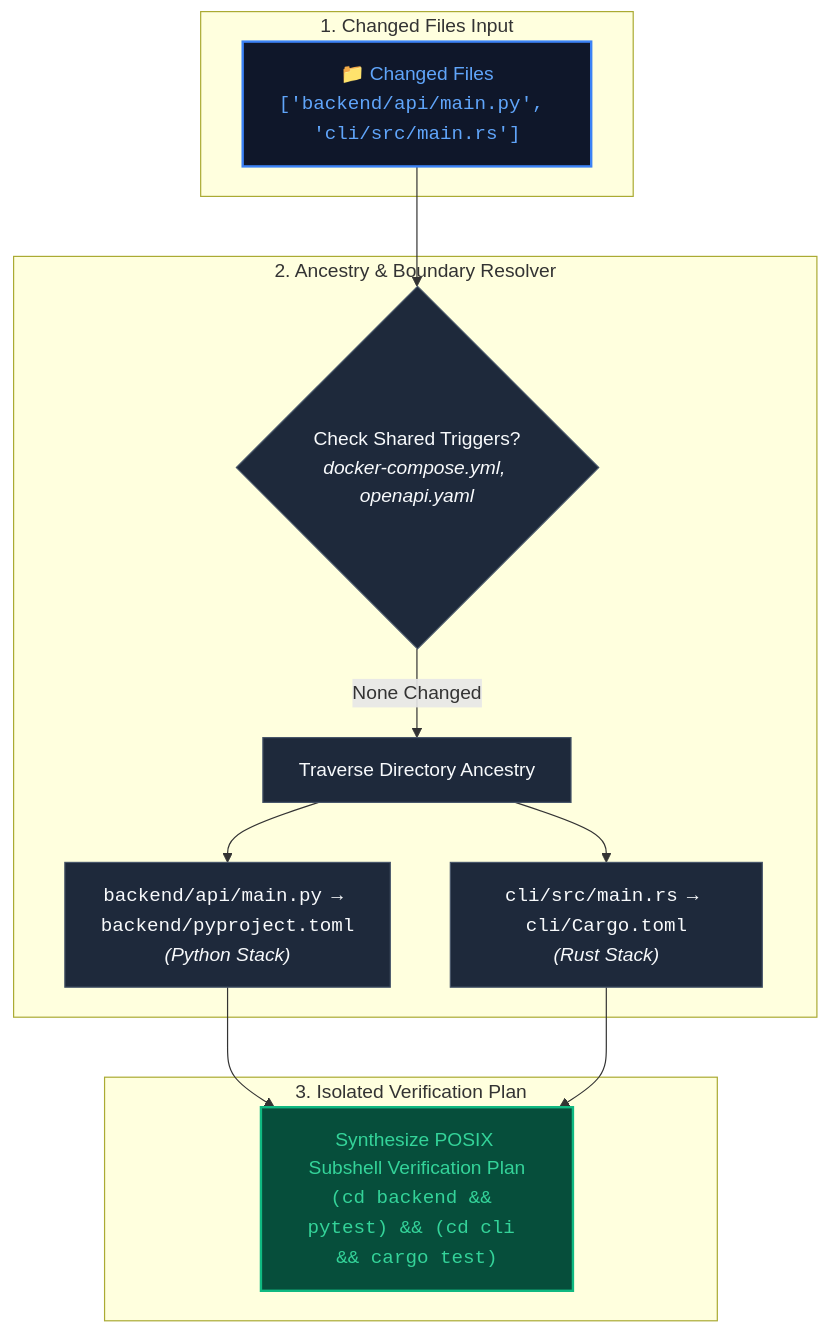
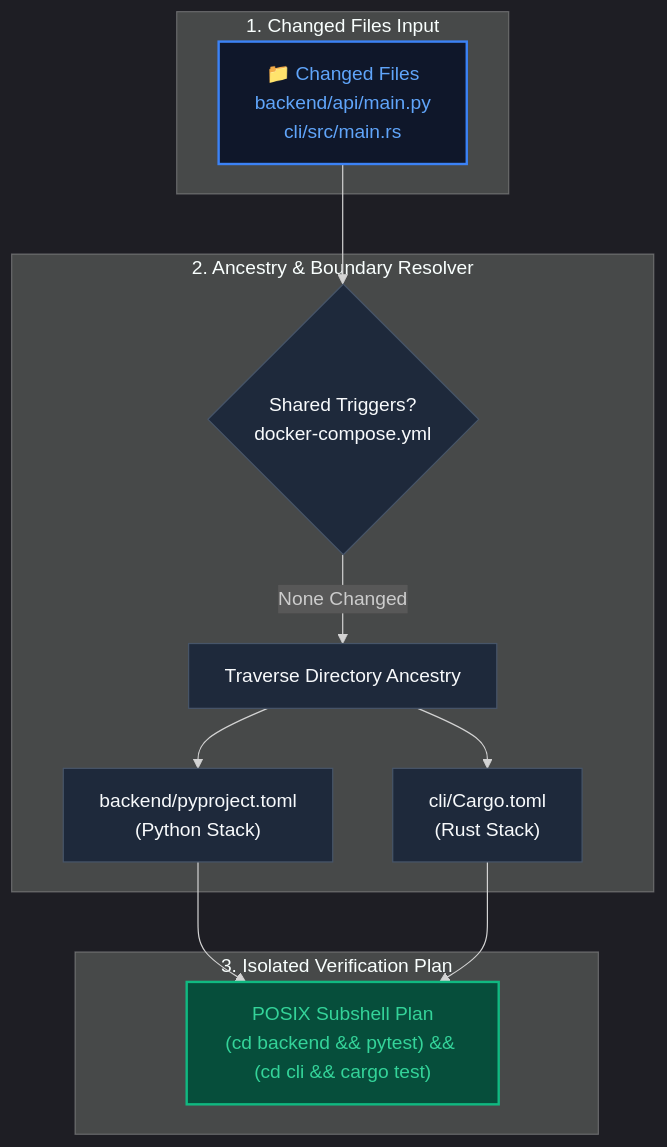
One commit to FullThrottle83/jules-orchestrator-kit changed the second of 2 diagrams in README.md. Above: the diagram before and after it, drawn with Mermaid. The commit also changed other lines of this file, not shown here.

Commit message:
docs: shorten Mermaid flowchart node labels and add 25px nodePadding to prevent text clipping

````diff
--- a/README.md
+++ b/README.md
@@ -312,25 +313,26 @@
 ```mermaid
+%%{init: {'theme': 'dark', 'themeVariables': { 'nodePadding': 25 }}}%%
 flowchart TD
     subgraph Input ["1. Changed Files Input"]
-        A["📁 Changed Files<br/><code>['backend/api/main.py', 'cli/src/main.rs']</code>"]
+        A["📁 Changed Files<br/>backend/api/main.py<br/>cli/src/main.rs"]
     end
 
     subgraph Resolution ["2. Ancestry & Boundary Resolver"]
-        A --> B{"Check Shared Triggers?<br/><i>docker-compose.yml, openapi.yaml</i>"}
+        A --> B{"Shared Triggers?<br/>docker-compose.yml"}
         B -->|None Changed| C["Traverse Directory Ancestry"]
-        C --> D1["<code>backend/api/main.py</code> → <code>backend/pyproject.toml</code><br/><i>(Python Stack)</i>"]
-        C --> D2["<code>cli/src/main.rs</code> → <code>cli/Cargo.toml</code><br/><i>(Rust Stack)</i>"]
+        C --> D1["backend/pyproject.toml<br/>(Python Stack)"]
+        C --> D2["cli/Cargo.toml<br/>(Rust Stack)"]
     end
 
     subgraph Output ["3. Isolated Verification Plan"]
-        D1 --> E["Synthesize POSIX Subshell Verification Plan<br/><code>(cd backend && pytest) && (cd cli && cargo test)</code>"]
+        D1 --> E["POSIX Subshell Plan<br/>(cd backend && pytest) && (cd cli && cargo test)"]
         D2 --> E
     end
 
     classDef default fill:#1e293b,stroke:#475569,stroke-width:1px,color:#f8fafc;
     classDef highlight fill:#0f172a,stroke:#3b82f6,stroke-width:2px,color:#60a5fa;
     classDef success fill:#064e3b,stroke:#10b981,stroke-width:2px,color:#34d399;
 
     class A highlight;
     class E success;
 ```
````
